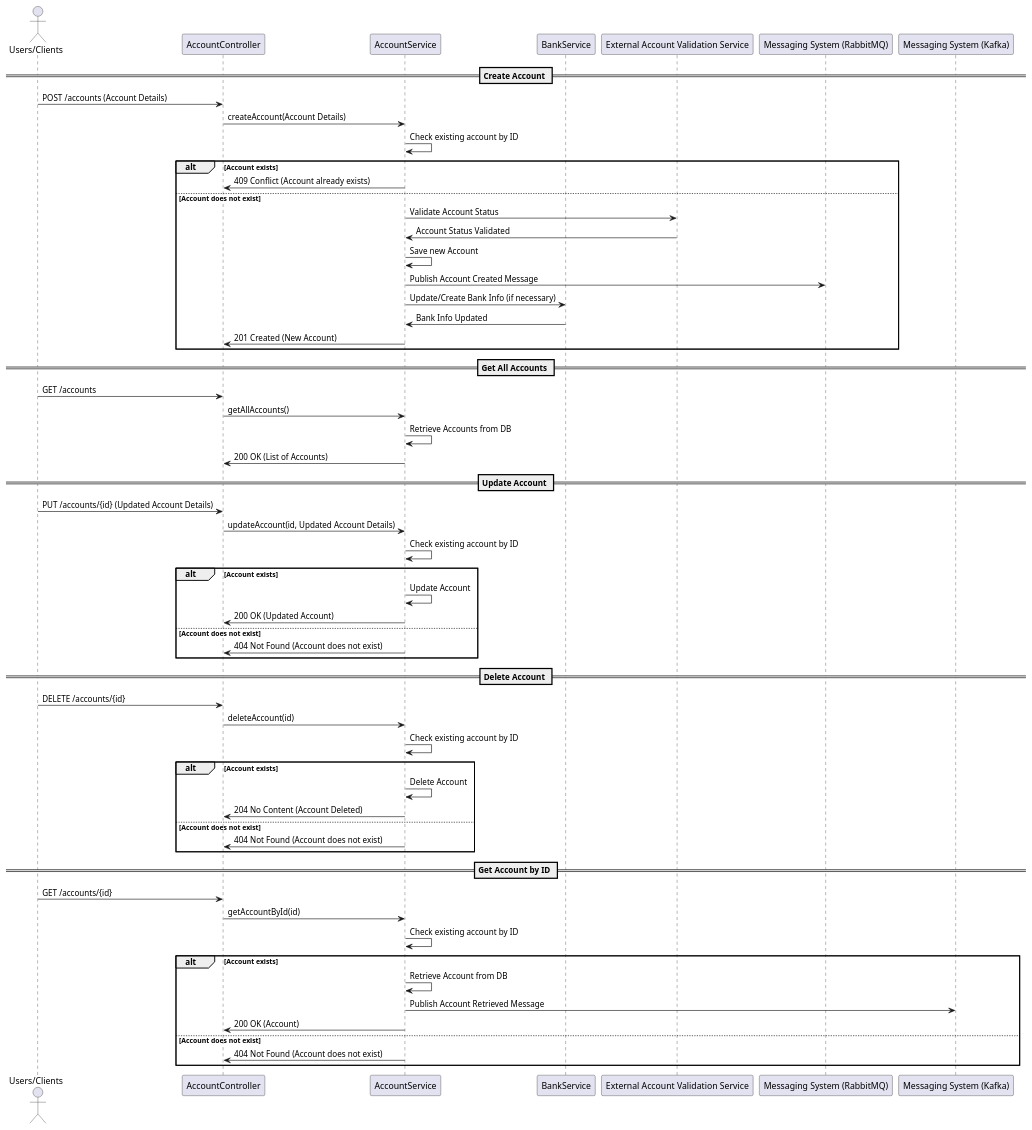
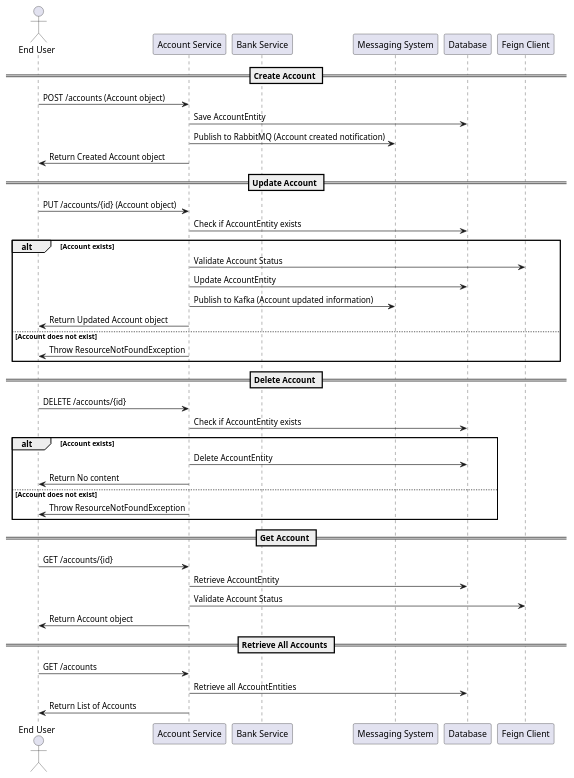
One commit to Bhaskar-Pavan/AccountService changed the diagram in design_document/Account_service.md. Above: the diagram before and after it, drawn with PlantUML. The commit also changed other lines of this file, not shown here.

````diff
--- a/design_document/Account_service.md
+++ b/design_document/Account_service.md
@@ -47,68 +39,50 @@
 ```plantuml
 @startuml
-actor User as "Users/Clients"
-participant "AccountController" as AC
-participant "AccountService" as AS
-participant "BankService" as BS
-participant "External Account Validation Service" as EAVS
-participant "Messaging System (RabbitMQ)" as RMQ
-participant "Messaging System (Kafka)" as KAFKA
+actor "End User" as User
+participant "Account Service" as AccountService
+participant "Bank Service" as BankService
+participant "Messaging System" as MessagingSystem
+participant "Database" as Database
+participant "Feign Client" as FeignClient
 
 == Create Account ==
-User -> AC: POST /accounts (Account Details)
-AC -> AS: createAccount(Account Details)
-AS -> AS: Check existing account by ID
-alt Account exists
-    AS -> AC: 409 Conflict (Account already exists)
-else Account does not exist
-    AS -> EAVS: Validate Account Status
-    EAVS -> AS: Account Status Validated
-    AS -> AS: Save new Account
-    AS -> RMQ: Publish Account Created Message
-    AS -> BS: Update/Create Bank Info (if necessary)
-    BS -> AS: Bank Info Updated
-    AS -> AC: 201 Created (New Account)
-end
-
-== Get All Accounts ==
-User -> AC: GET /accounts
-AC -> AS: getAllAccounts()
-AS -> AS: Retrieve Accounts from DB
-AS -> AC: 200 OK (List of Accounts)
+User -> AccountService: POST /accounts (Account object)
+AccountService -> Database: Save AccountEntity
+AccountService -> MessagingSystem: Publish to RabbitMQ (Account created notification)
+AccountService -> User: Return Created Account object
 
 == Update Account ==
-User -> AC: PUT /accounts/{id} (Updated Account Details)
-AC -> AS: updateAccount(id, Updated Account Details)
-AS -> AS: Check existing account by ID
+User -> AccountService: PUT /accounts/{id} (Account object)
+AccountService -> Database: Check if AccountEntity exists
 alt Account exists
-    AS -> AS: Update Account
-    AS -> AC: 200 OK (Updated Account)
+    AccountService -> FeignClient: Validate Account Status
+    AccountService -> Database: Update AccountEntity
+    AccountService -> MessagingSystem: Publish to Kafka (Account updated information)
+    AccountService -> User: Return Updated Account object
 else Account does not exist
-    AS -> AC: 404 Not Found (Account does not exist)
+    AccountService -> User: Throw ResourceNotFoundException
 end
 
 == Delete Account ==
-User -> AC: DELETE /accounts/{id}
-AC -> AS: deleteAccount(id)
-AS -> AS: Check existing account by ID
+User -> AccountService: DELETE /accounts/{id}
+AccountService -> Database: Check if AccountEntity exists
 alt Account exists
-    AS -> AS: Delete Account
-    AS -> AC: 204 No Content (Account Deleted)
+    AccountService -> Database: Delete AccountEntity
+    AccountService -> User: Return No content
 else Account does not exist
-    AS -> AC: 404 Not Found (Account does not exist)
+    AccountService -> User: Throw ResourceNotFoundException
 end
 
-== Get Account by ID ==
-User -> AC: GET /accounts/{id}
-AC -> AS: getAccountById(id)
-AS -> AS: Check existing account by ID
-alt Account exists
-    AS -> AS: Retrieve Account from DB
-    AS -> KAFKA: Publish Account Retrieved Message
-    AS -> AC: 200 OK (Account)
-else Account does not exist
-    AS -> AC: 404 Not Found (Account does not exist)
-end
+== Get Account ==
+User -> AccountService: GET /accounts/{id}
+AccountService -> Database: Retrieve AccountEntity
+AccountService -> FeignClient: Validate Account Status
+AccountService -> User: Return Account object
+
+== Retrieve All Accounts ==
+User -> AccountService: GET /accounts
+AccountService -> Database: Retrieve all AccountEntities
+AccountService -> User: Return List of Accounts
 
 @enduml
 ```
````
